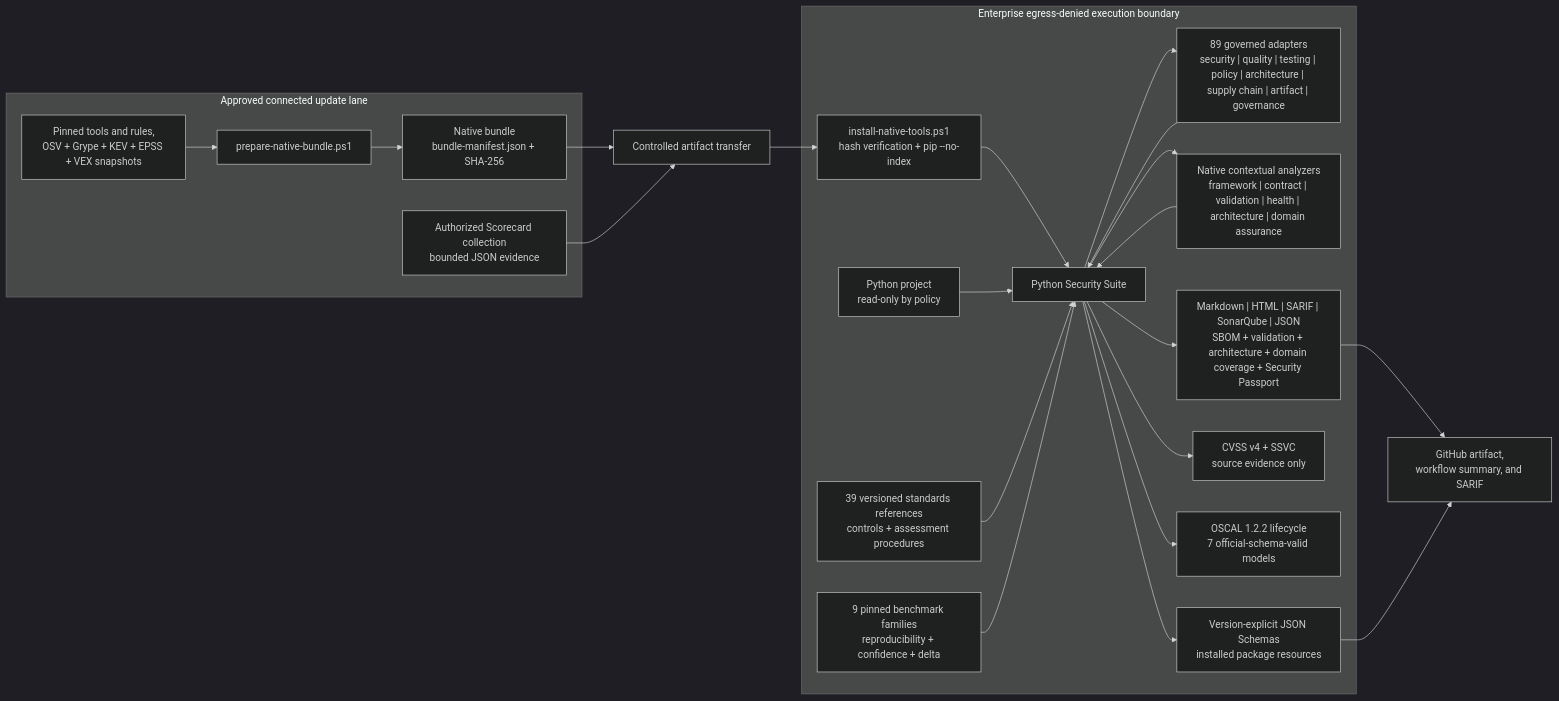
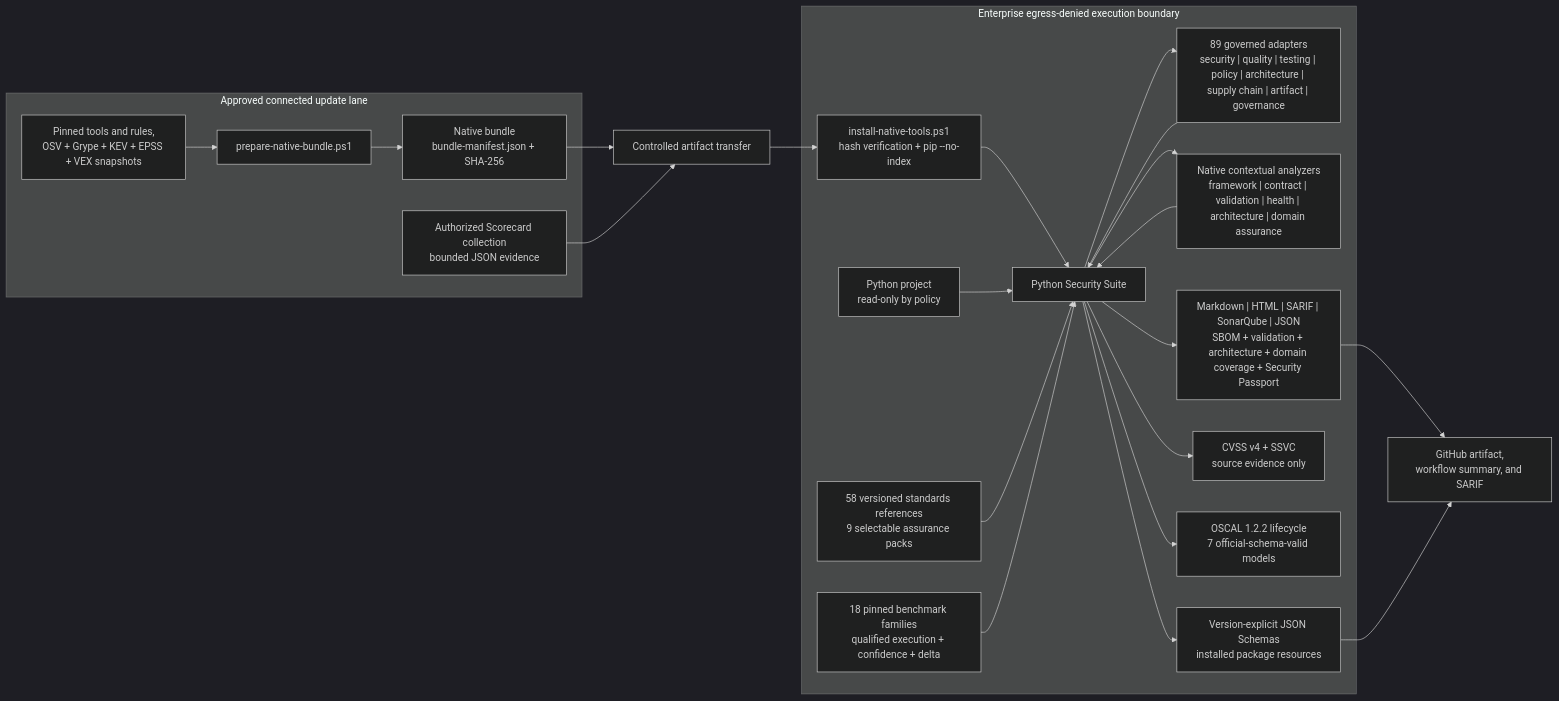
One commit to willtran87/project-py-security-suite changed the first of 17 diagrams in docs/design.md. Above: the diagram before and after it, drawn with Mermaid (dark theme). The commit also changed 15 other files, not shown here.

````diff
--- a/docs/design.md
+++ b/docs/design.md
@@ -29,45 +29,45 @@
 ```mermaid
 flowchart LR
     subgraph Connected["Approved connected update lane"]
         Prep["prepare-native-bundle.ps1"]
         Sources["Pinned tools and rules,<br/>OSV + Grype + KEV + EPSS + VEX snapshots"]
         ScorecardCollect["Authorized Scorecard collection<br/>bounded JSON evidence"]
         Bundle["Native bundle<br/>bundle-manifest.json + SHA-256"]
         Sources --> Prep --> Bundle
     end
 
     Transfer["Controlled artifact transfer"]
 
     subgraph Boundary["Enterprise egress-denied execution boundary"]
         Install["install-native-tools.ps1<br/>hash verification + pip --no-index"]
         Project["Python project<br/>read-only by policy"]
         Suite["Python Security Suite"]
         Scanners["89 governed adapters<br/>security | quality | testing | policy | architecture | supply chain | artifact | governance"]
         Analyzers["Native contextual analyzers<br/>framework | contract | validation | health | architecture | domain assurance"]
         Reports["Markdown | HTML | SARIF | SonarQube | JSON<br/>SBOM + validation + architecture + domain coverage + Security Passport"]
-        Standards["39 versioned standards references<br/>controls + assessment procedures"]
-        Benchmarks["9 pinned benchmark families<br/>reproducibility + confidence + delta"]
+        Standards["58 versioned standards references<br/>9 selectable assurance packs"]
+        Benchmarks["18 pinned benchmark families<br/>qualified execution + confidence + delta"]
         Priority["CVSS v4 + SSVC<br/>source evidence only"]
         OSCAL["OSCAL 1.2.2 lifecycle<br/>7 official-schema-valid models"]
         Contracts["Version-explicit JSON Schemas<br/>installed package resources"]
         Install --> Suite
         Project --> Suite
         Suite --> Scanners
         Scanners --> Suite
         Suite --> Analyzers
         Analyzers --> Suite
         Standards --> Suite
         Benchmarks --> Suite
         Suite --> Priority
         Suite --> OSCAL
         Suite --> Reports
         Suite --> Contracts
     end
 
     GitHub["GitHub artifact,<br/>workflow summary, and SARIF"]
 
     Bundle --> Transfer --> Install
     ScorecardCollect --> Transfer
     Reports --> GitHub
     Contracts --> GitHub
 ```
````
